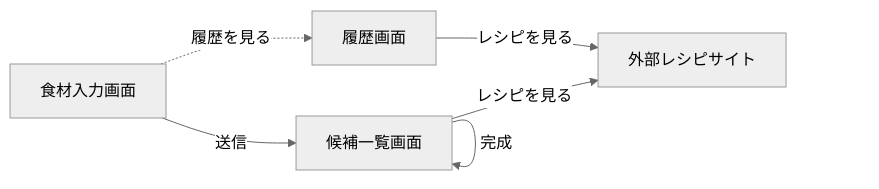
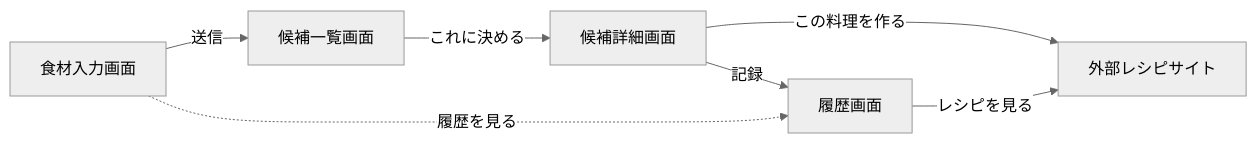
Before and after one commit to kikiki-0604/1015_study: the second of 5 diagrams in docs/basic-design.md, drawn with Mermaid (neutral theme). The commit also changed other lines of this file and 11 other files, not shown here.

````diff
--- a/docs/basic-design.md
+++ b/docs/basic-design.md
@@ -55,8 +64,9 @@
 ```mermaid
 flowchart LR
     T[食材入力画面] -->|送信| L[候補一覧画面]
-    L -->|レシピを見る| R[外部レシピサイト]
-    L -->|完成| L
-    T -.履歴を見る.-> H[履歴画面]
+    L -->|これに決める| N[候補詳細画面]
+    N -->|この料理を作る| R[外部レシピサイト]
+    N -->|記録| H[履歴画面]
+    T -.履歴を見る.-> H
     H -->|レシピを見る| R
 ```
````
